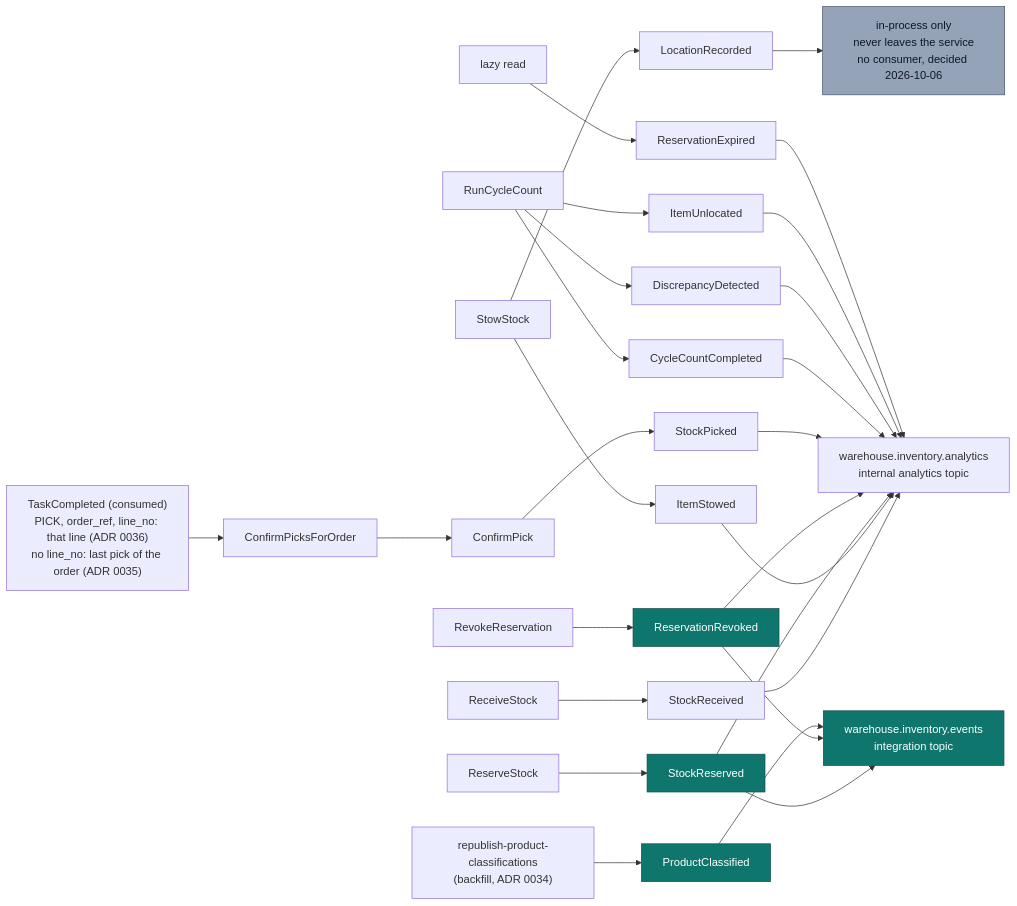
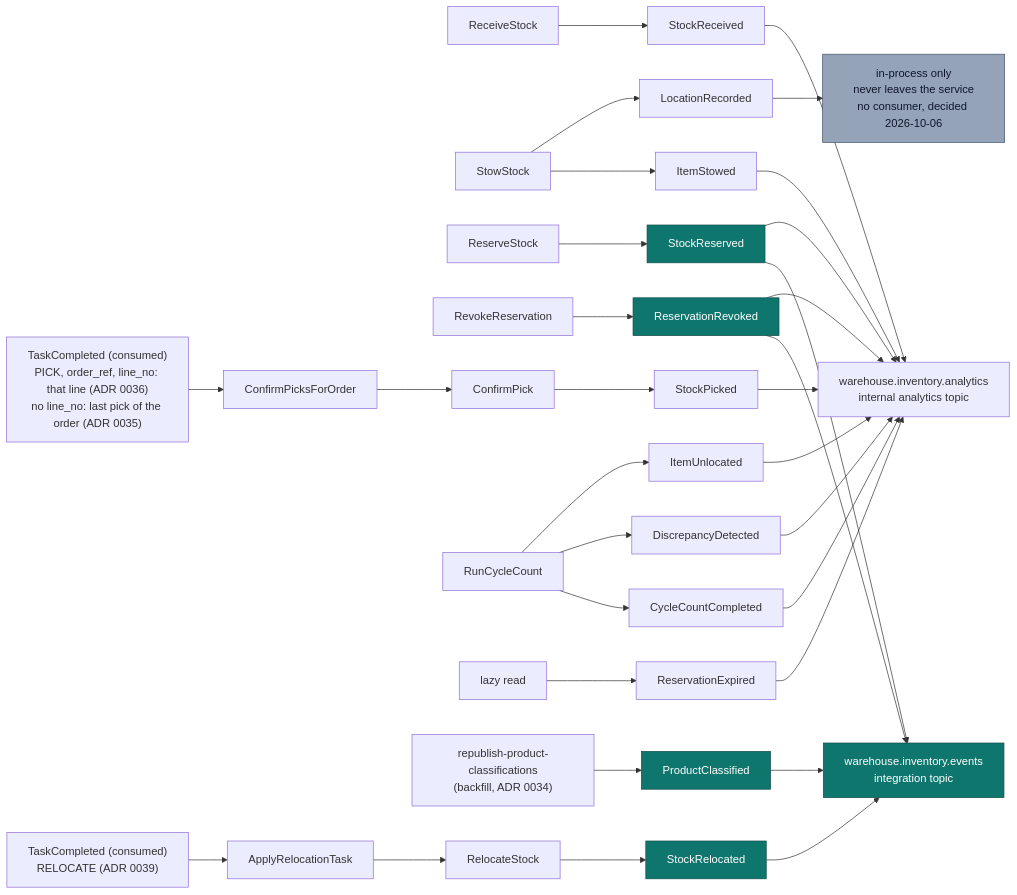
The diagram in docs/docs/ddd/domain-events.md (IQVO/inventory-storage), drawn with Mermaid before and after one commit. The commit also changed other lines of this file and 1 other file, not shown here.

Commit message:
docs(ddd): StockRelocated in the event catalogues; RELOCATE TaskCompleted sequence diagram (ADR 0039)

````diff
--- a/docs/docs/ddd/domain-events.md
+++ b/docs/docs/ddd/domain-events.md
@@ -44,24 +45,26 @@
 ```mermaid
 flowchart LR
   RS["ReceiveStock"] --> E1["StockReceived"]
   SS["StowStock"] --> E2["ItemStowed"]
   SS --> E3["LocationRecorded"]
   RES["ReserveStock"] --> E4["StockReserved"]
   REV["RevokeReservation"] --> E5["ReservationRevoked"]
   CP["ConfirmPick"] --> E6["StockPicked"]
   TC["TaskCompleted (consumed)<br/>PICK, order_ref, line_no: that line (ADR 0036)<br/>no line_no: last pick of the order (ADR 0035)"] --> CPO["ConfirmPicksForOrder"] --> CP
   CC["RunCycleCount"] --> E7["CycleCountCompleted"]
   CC --> E8["DiscrepancyDetected"]
   CC --> E9["ItemUnlocated"]
   EXP["lazy read"] --> E10["ReservationExpired"]
   BF["republish-product-classifications<br/>(backfill, ADR 0034)"] --> E11["ProductClassified"]
+  TCR["TaskCompleted (consumed)<br/>RELOCATE (ADR 0039)"] --> ART["ApplyRelocationTask"] --> RLS["RelocateStock"]
+  RLS --> E12["StockRelocated"]
 
-  E4 & E5 & E11 --> KAF["warehouse.inventory.events<br/>integration topic"]
+  E4 & E5 & E11 & E12 --> KAF["warehouse.inventory.events<br/>integration topic"]
   E1 & E2 & E4 & E5 & E6 & E7 & E8 & E9 & E10 --> ANA["warehouse.inventory.analytics<br/>internal analytics topic"]
   E3 --> LOG["in-process only<br/>never leaves the service<br/>no consumer, decided 2026-10-06"]
 
   classDef wired fill:#0f766e,stroke:#134e4a,color:#fff;
   classDef local fill:#94a3b8,stroke:#475569,color:#0f172a;
-  class E4,E5,E11,KAF wired;
+  class E4,E5,E11,E12,KAF wired;
   class LOG local;
 ```
````
